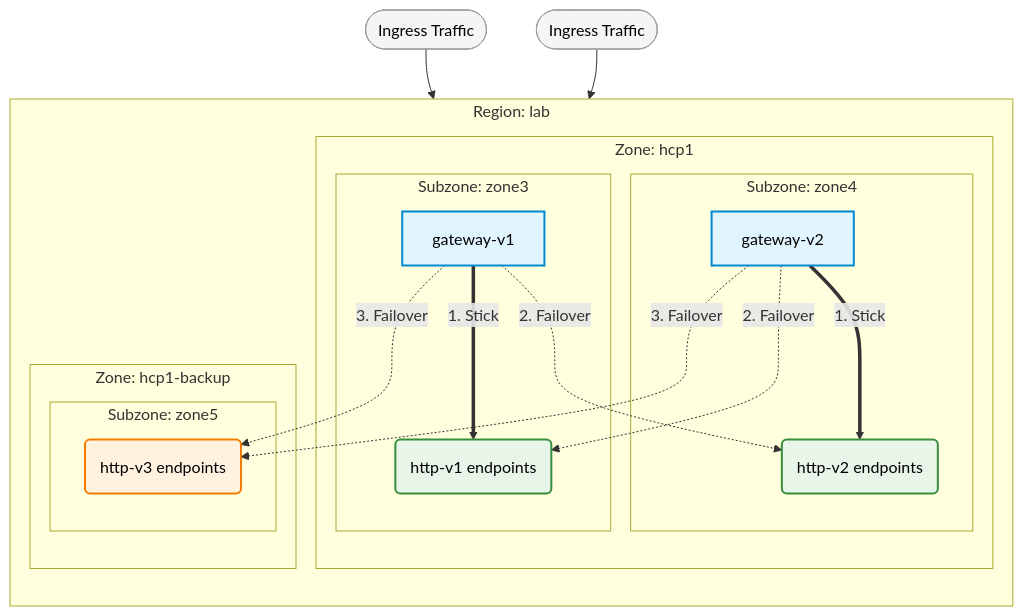
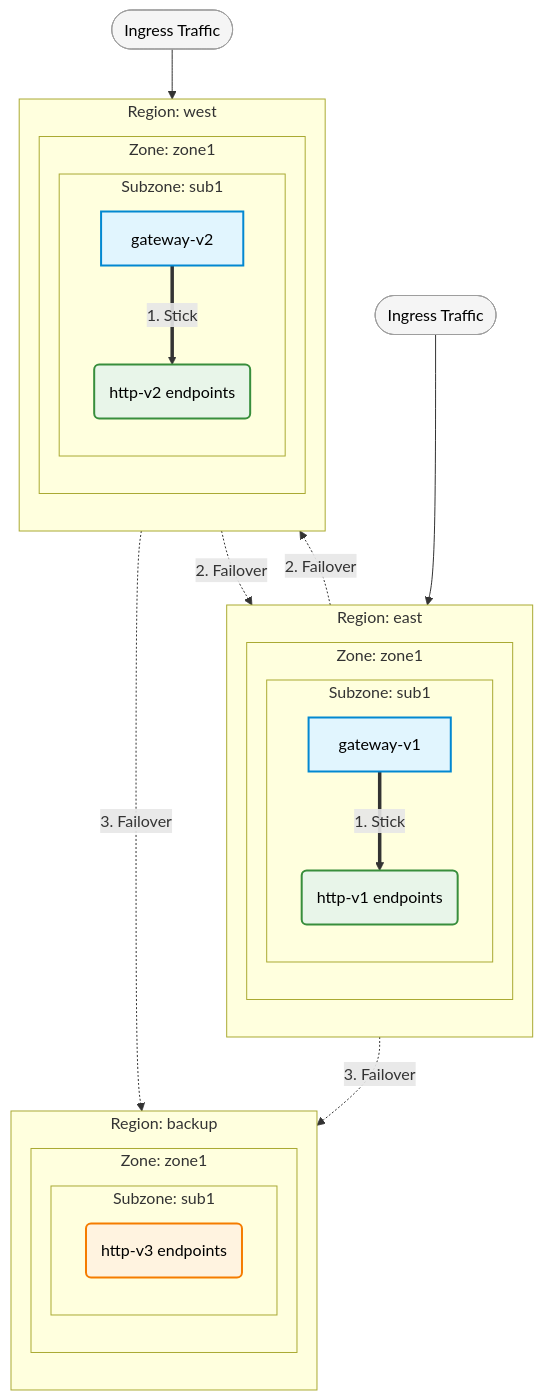
The diagram in zoneaware/README.md (michaelalang/istio-example-configurations), drawn with Mermaid before and after one commit. The commit also changed other lines of this file and 89 other files, not shown here.

````diff
--- a/zoneaware/README.md
+++ b/zoneaware/README.md
@@ -66,50 +71,57 @@
 ```mermaid
 flowchart TD
     %% External Ingress Traffic
-    InZ3([Ingress Traffic]) --> GW1
-    InZ4([Ingress Traffic]) --> GW2
+    InEast([Ingress Traffic]) --> GW1
+    InWest([Ingress Traffic]) --> GW2
 
     %% Topology Boundaries
-    subgraph Region_Lab [Region: lab]
+    subgraph Region_East [Region: east]
         direction TB
-        
-        subgraph Zone_hcp1 [Zone: hcp1]
-            subgraph Sub_zone3 [Subzone: zone3]
+        subgraph Zone_East1 [Zone: zone1]
+            subgraph Sub_East1 [Subzone: sub1]
                 GW1[gateway-v1]
                 SVC1(http-v1 endpoints)
             end
-            
-            subgraph Sub_zone4 [Subzone: zone4]
+        end
+    end
+    
+    subgraph Region_West [Region: west]
+        direction TB
+        subgraph Zone_West1 [Zone: zone1]
+            subgraph Sub_West1 [Subzone: sub1]
                 GW2[gateway-v2]
                 SVC2(http-v2 endpoints)
             end
         end
-        
-        subgraph Zone_hcp1_backup [Zone: hcp1-backup]
-            subgraph Sub_zone5 [Subzone: zone5]
+    end
+    
+    subgraph Region_Backup [Region: backup]
+        direction TB
+        subgraph Zone_Backup1 [Zone: zone1]
+            subgraph Sub_Backup1 [Subzone: sub1]
                 SVC3(http-v3 endpoints)
             end
         end
     end
 
-    %% Gateway 1 Routing Logic (Zone 3)
+    %% Gateway 1 Routing Logic (East)
     GW1 ==>|1. Stick| SVC1
     GW1 -.->|2. Failover| SVC2
     GW1 -.->|3. Failover| SVC3
 
-    %% Gateway 2 Routing Logic (Zone 4)
+    %% Gateway 2 Routing Logic (West)
     GW2 ==>|1. Stick| SVC2
     GW2 -.->|2. Failover| SVC1
     GW2 -.->|3. Failover| SVC3
 
     %% Styling and coloring for clarity
     classDef gateway fill:#e1f5fe,stroke:#0288d1,stroke-width:2px,color:#000
     classDef primary fill:#e8f5e9,stroke:#388e3c,stroke-width:2px,color:#000
     classDef backup fill:#fff3e0,stroke:#f57c00,stroke-width:2px,color:#000
     classDef ingress fill:#f5f5f5,stroke:#9e9e9e,stroke-width:1px,color:#000
     
     class GW1,GW2 gateway
     class SVC1,SVC2 primary
     class SVC3 backup
-    class InZ3,InZ4 ingress
+    class InEast,InWest ingress
 ```
````
